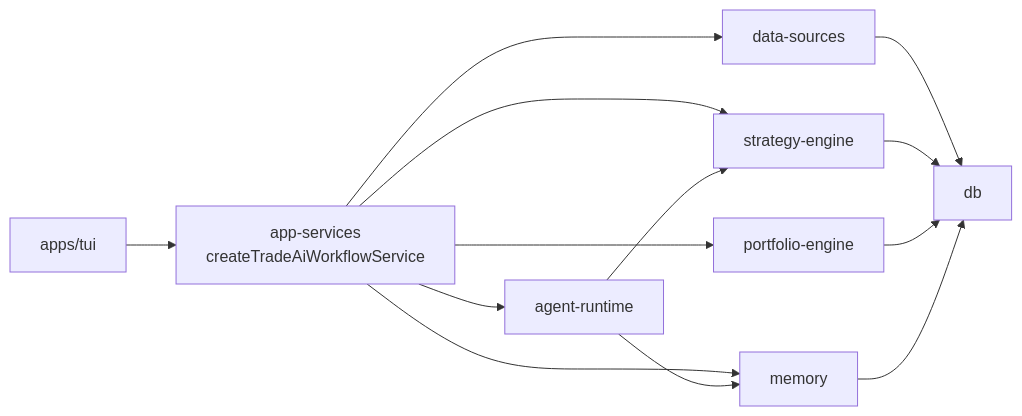
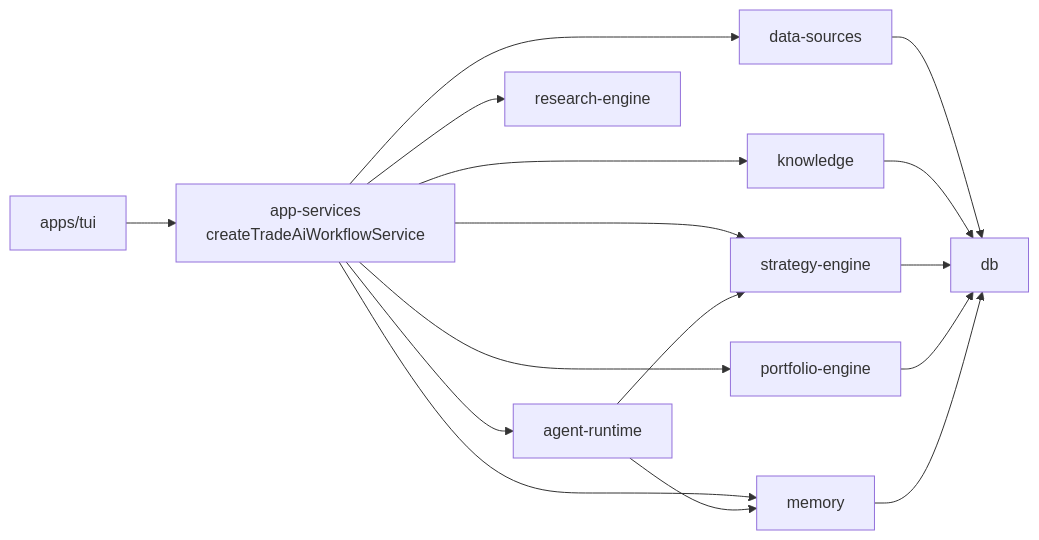
The diagram in docs/service-map.md (decocereus/tradeai), drawn with Mermaid before and after one commit. The commit also changed other lines of this file and 4 other files, not shown here.

Commit message:
docs: refresh tradeai architecture status

````diff
--- a/docs/service-map.md
+++ b/docs/service-map.md
@@ -21,15 +22,18 @@
 ```mermaid
 flowchart LR
     TUI["apps/tui"] --> APP["app-services<br/>createTradeAiWorkflowService"]
     APP --> STRAT["strategy-engine"]
     APP --> PORT["portfolio-engine"]
     APP --> MEM["memory"]
     APP --> AGENT["agent-runtime"]
     APP --> SRC["data-sources"]
+    APP --> RE["research-engine"]
+    APP --> KNOW["knowledge"]
     SRC --> DB["db"]
+    KNOW --> DB
     STRAT --> DB
     PORT --> DB
     MEM --> DB
     AGENT --> MEM
     AGENT --> STRAT
 ```
````
